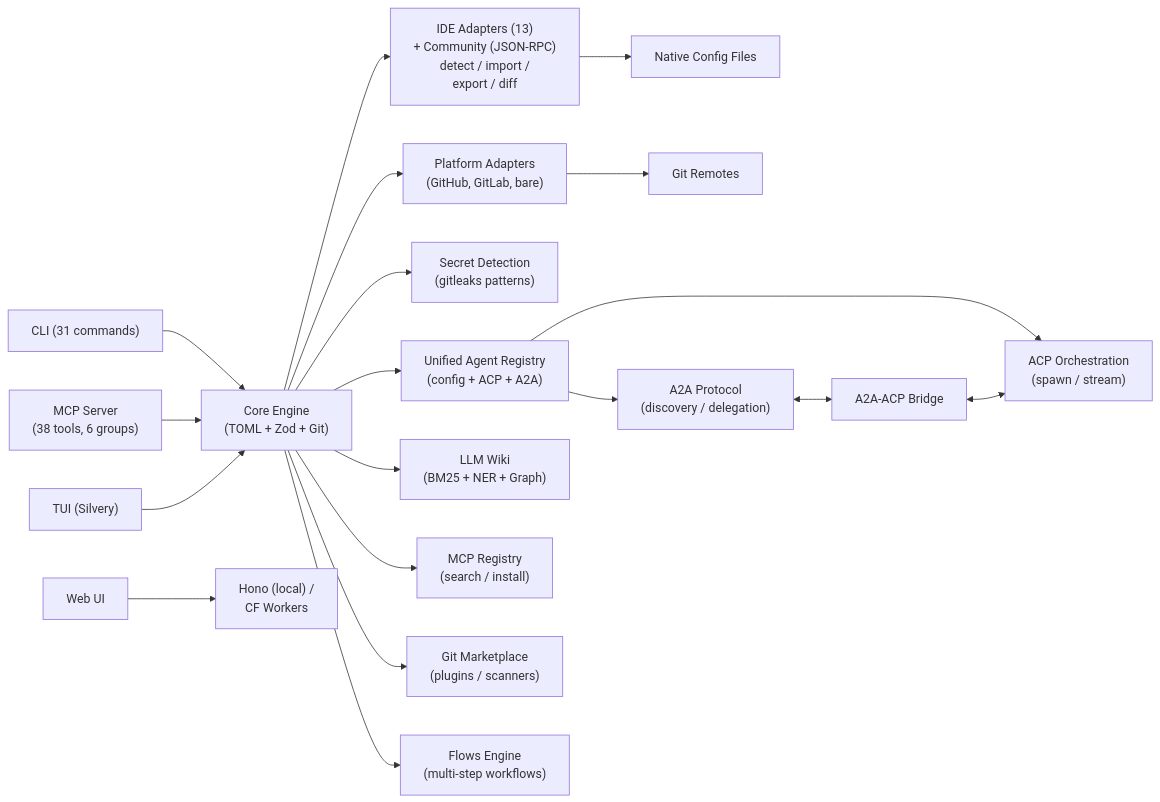
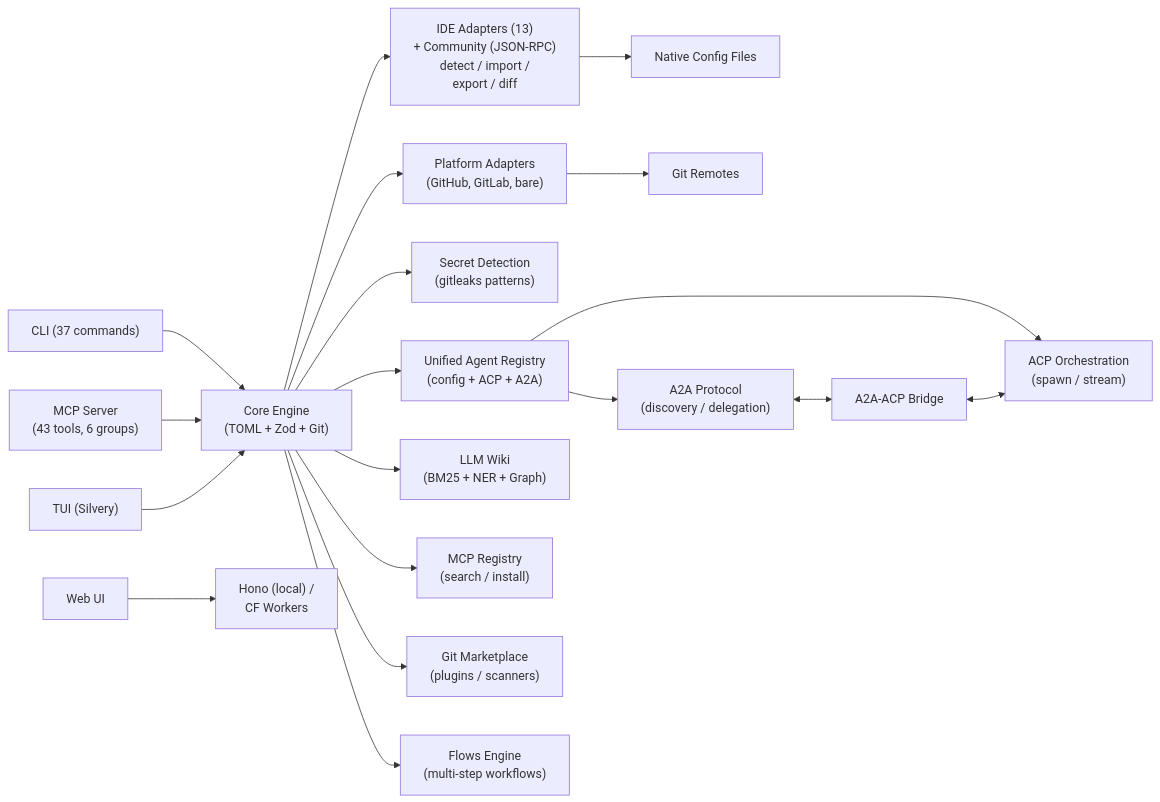
One commit to Codeseys-Labs/agent-manager changed the diagram in README.md. Above: the diagram before and after it, drawn with Mermaid. The commit also changed other lines of this file and 5 other files, not shown here.

First line of the commit message:
docs: Wave 2 doc-drift sweep — align README/ROADMAP/AGENTS/ADRs with code

````diff
--- a/README.md
+++ b/README.md
@@ -874,24 +890,24 @@
 ```mermaid
 graph LR
-    CLI["CLI (31 commands)"] --> Core["Core Engine<br/>(TOML + Zod + Git)"]
-    MCP["MCP Server<br/>(38 tools, 6 groups)"] --> Core
+    CLI["CLI (37 commands)"] --> Core["Core Engine<br/>(TOML + Zod + Git)"]
+    MCP["MCP Server<br/>(43 tools, 6 groups)"] --> Core
     TUI["TUI (Silvery)"] --> Core
     Web["Web UI"] --> Hono["Hono (local) /<br/>CF Workers"]
 
     Core --> Adapters["IDE Adapters (13)<br/>+ Community (JSON-RPC)<br/>detect / import /<br/>export / diff"]
     Core --> Platform["Platform Adapters<br/>(GitHub, GitLab, bare)"]
     Core --> Secrets["Secret Detection<br/>(gitleaks patterns)"]
     Core --> AgentReg["Unified Agent Registry<br/>(config + ACP + A2A)"]
 
     Adapters --> Native["Native Config Files"]
     Platform --> Remote["Git Remotes"]
 
     Core --> Wiki["LLM Wiki<br/>(BM25 + NER + Graph)"]
     Core --> Registry["MCP Registry<br/>(search / install)"]
     Core --> Marketplace["Git Marketplace<br/>(plugins / scanners)"]
     Core --> Flows["Flows Engine<br/>(multi-step workflows)"]
 
     AgentReg --> A2A["A2A Protocol<br/>(discovery / delegation)"]
     AgentReg --> ACP["ACP Orchestration<br/>(spawn / stream)"]
     A2A <--> Bridge["A2A-ACP Bridge"] <--> ACP
 ```
````
